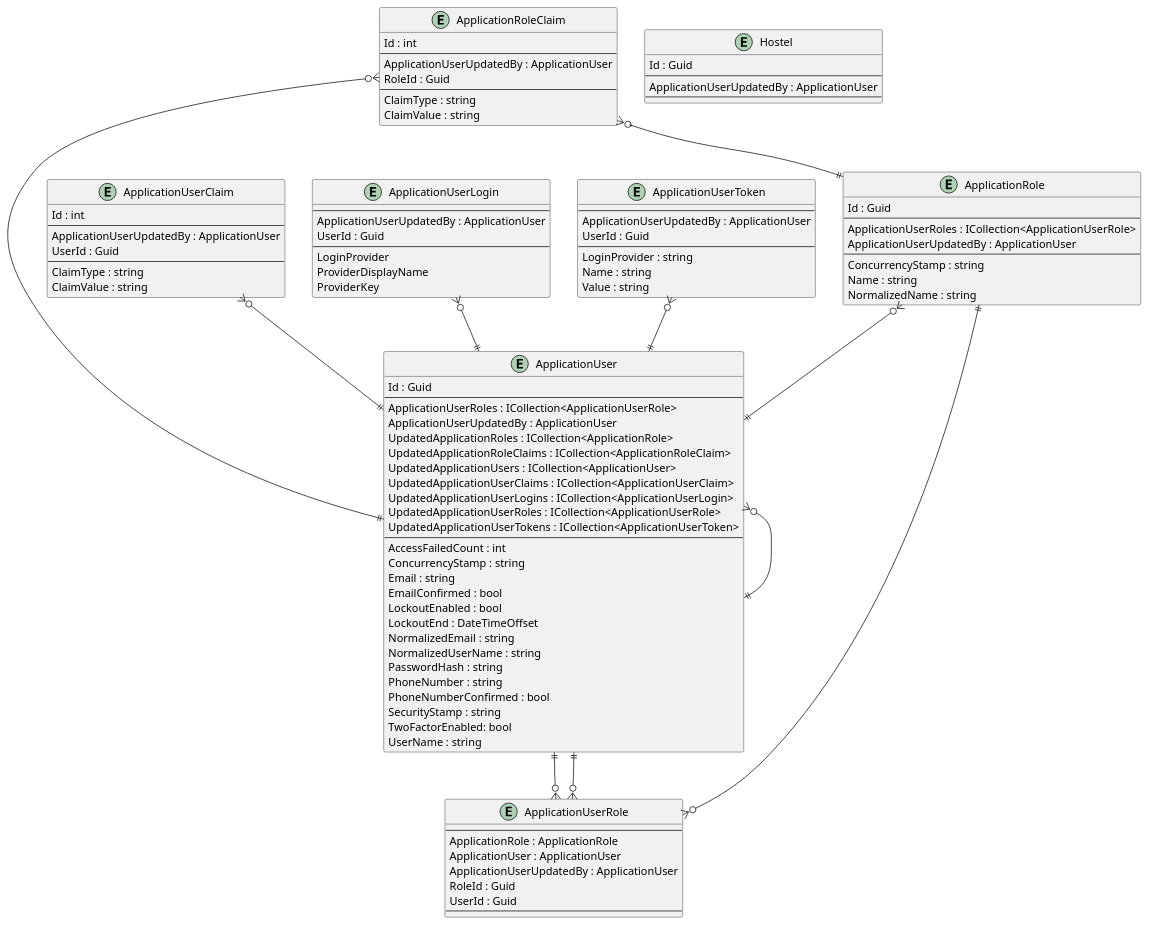
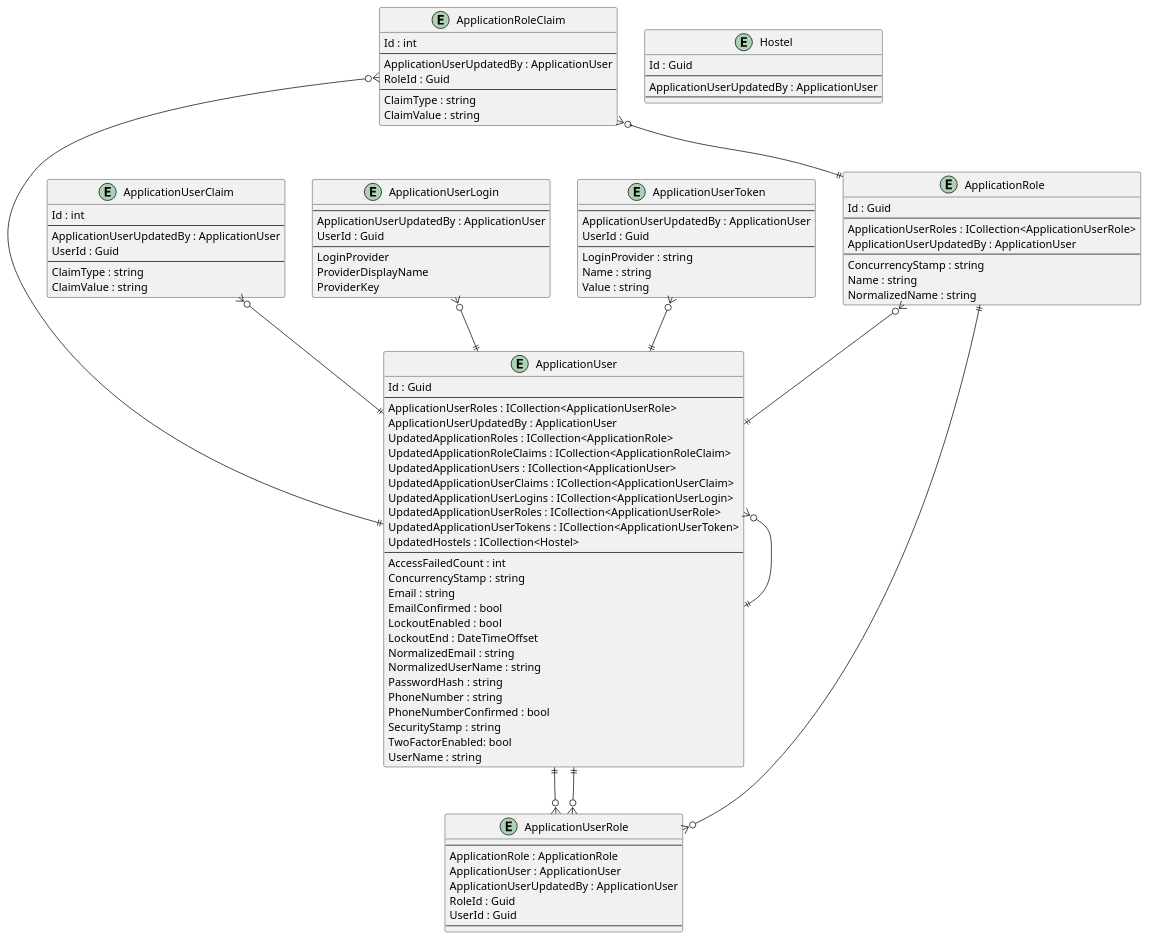
The diagram in .docs/HostelStudents.pu (intrepion/https-code-maze.com-csharp-create-better-looking-console-applications-with-spectre-console-), drawn with PlantUML before and after one commit.

```diff
--- a/.docs/HostelStudents.pu
+++ b/.docs/HostelStudents.pu
@@ -1,118 +1,119 @@
 @startuml
 
 entity ApplicationRole {
     Id : Guid
     --
     ApplicationUserRoles : ICollection<ApplicationUserRole>
     ApplicationUserUpdatedBy : ApplicationUser
     --
     ConcurrencyStamp : string
     Name : string
     NormalizedName : string
 }
 
 entity ApplicationRoleClaim {
     Id : int
     --
     ApplicationUserUpdatedBy : ApplicationUser
     RoleId : Guid
     --
     ClaimType : string
     ClaimValue : string
 }
 
 entity ApplicationUser {
     Id : Guid
     --
     ApplicationUserRoles : ICollection<ApplicationUserRole>
     ApplicationUserUpdatedBy : ApplicationUser
     UpdatedApplicationRoles : ICollection<ApplicationRole>
     UpdatedApplicationRoleClaims : ICollection<ApplicationRoleClaim>
     UpdatedApplicationUsers : ICollection<ApplicationUser>
     UpdatedApplicationUserClaims : ICollection<ApplicationUserClaim>
     UpdatedApplicationUserLogins : ICollection<ApplicationUserLogin>
     UpdatedApplicationUserRoles : ICollection<ApplicationUserRole>
     UpdatedApplicationUserTokens : ICollection<ApplicationUserToken>
+    UpdatedHostels : ICollection<Hostel>
     ' ApplicationUserKeyCodePlaceholder
     --
     AccessFailedCount : int
     ConcurrencyStamp : string
     Email : string
     EmailConfirmed : bool
     LockoutEnabled : bool
     LockoutEnd : DateTimeOffset
     NormalizedEmail : string
     NormalizedUserName : string
     PasswordHash : string
     PhoneNumber : string
     PhoneNumberConfirmed : bool
     SecurityStamp : string
     TwoFactorEnabled: bool
     UserName : string
 }
 
 entity ApplicationUserClaim {
     Id : int
     --
     ApplicationUserUpdatedBy : ApplicationUser
     UserId : Guid
     --
     ClaimType : string
     ClaimValue : string
 }
 
 entity ApplicationUserLogin {
     --
     ApplicationUserUpdatedBy : ApplicationUser
     UserId : Guid
     --
     LoginProvider
     ProviderDisplayName
     ProviderKey
 }
 
 entity ApplicationUserRole {
     --
     ApplicationRole : ApplicationRole
     ApplicationUser : ApplicationUser
     ApplicationUserUpdatedBy : ApplicationUser
     RoleId : Guid
     UserId : Guid
     --
 }
 
 entity ApplicationUserToken {
     --
     ApplicationUserUpdatedBy : ApplicationUser
     UserId : Guid
     --
     LoginProvider : string
     Name : string
     Value : string
 }
 
 entity Hostel {
     Id : Guid
     --
     ApplicationUserUpdatedBy : ApplicationUser
     ' HostelKeyCodePlaceholder
     --
     ' HostelPropertyCodePlaceholder
 }
 
 ' EntityCodePlaceholder
 
 ApplicationRole ||--o{ ApplicationUserRole
 ApplicationRole }o--|| ApplicationUser
 ApplicationRoleClaim }o--|| ApplicationRole
 ApplicationRoleClaim }o--|| ApplicationUser
 ApplicationUser }o--|| ApplicationUser
 ApplicationUser ||--o{ ApplicationUserRole
 ApplicationUserClaim }o--|| ApplicationUser
 ApplicationUserLogin }o--|| ApplicationUser
 ApplicationUserRole }o--|| ApplicationUser
 ApplicationUserToken }o--|| ApplicationUser
 
 ' RelationshipCodePlaceholder
 
 @enduml
```
